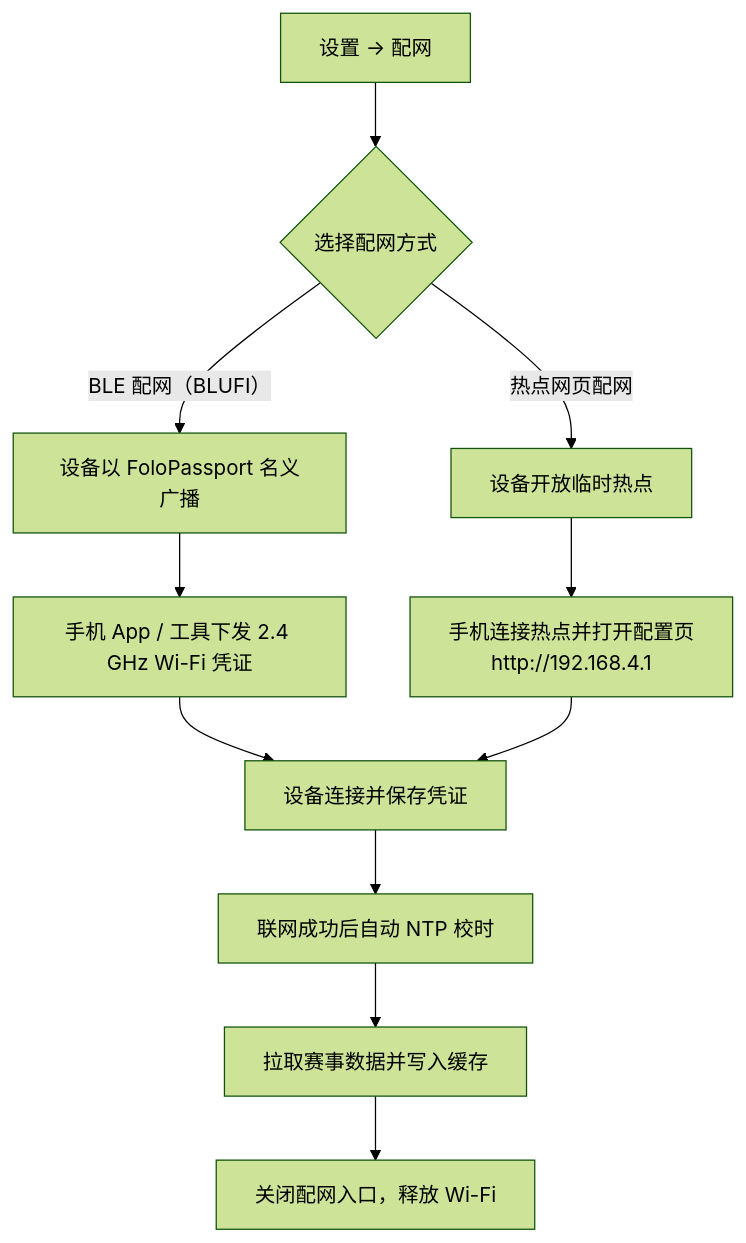
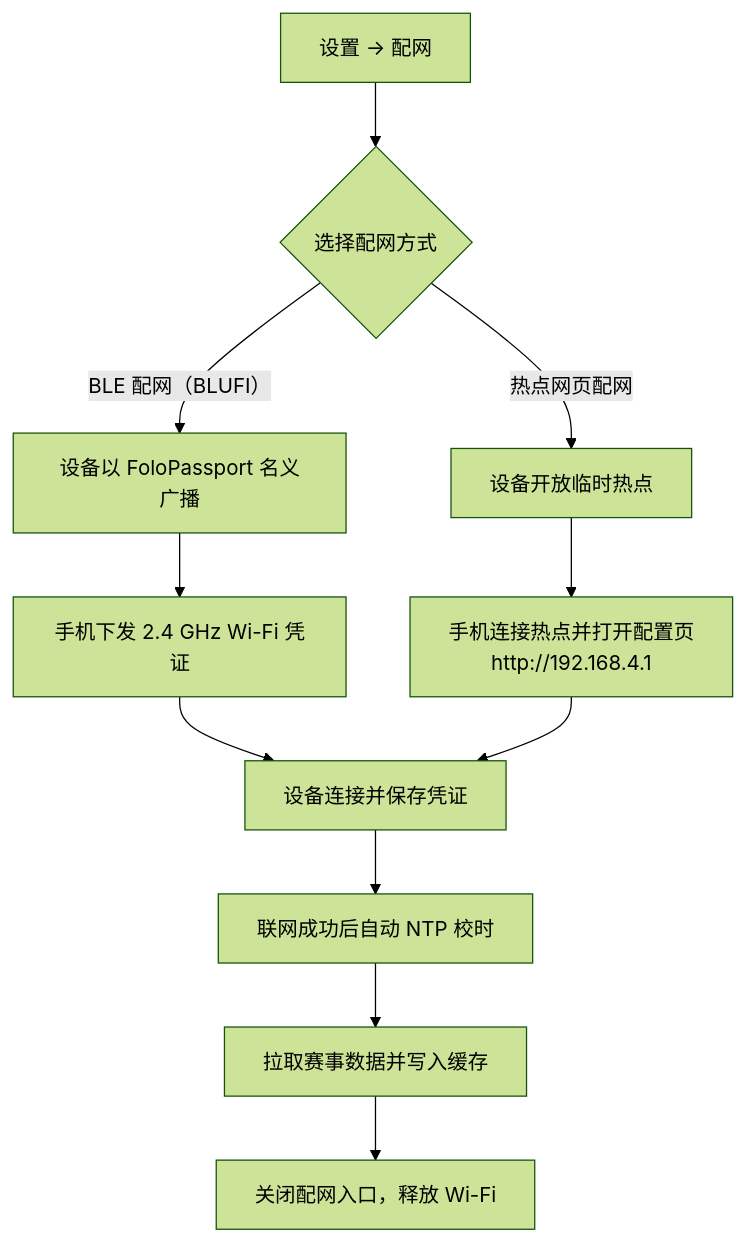
The third of 3 diagrams in AI-Passport-随身工具箱-PRD.md (astrnox/aipassport), drawn with Mermaid (forest theme) before and after one commit. The commit also changed other lines of this file and 2 other files, not shown here.

````diff
--- a/AI-Passport-随身工具箱-PRD.md
+++ b/AI-Passport-随身工具箱-PRD.md
@@ -360,13 +487,13 @@
 ```mermaid
 flowchart TD
     A["设置 → 配网"] --> B{"选择配网方式"}
     B -->|"BLE 配网（BLUFI）"| C["设备以 FoloPassport 名义广播"]
-    C --> D["手机 App / 工具下发 2.4 GHz Wi-Fi 凭证"]
+    C --> D["手机下发 2.4 GHz Wi-Fi 凭证"]
     D --> G["设备连接并保存凭证"]
     B -->|"热点网页配网"| E["设备开放临时热点"]
     E --> F["手机连接热点并打开配置页<br/>http://192.168.4.1"]
     F --> G
     G --> H["联网成功后自动 NTP 校时"]
     H --> I["拉取赛事数据并写入缓存"]
     I --> J["关闭配网入口，释放 Wi-Fi"]
 ```
````
